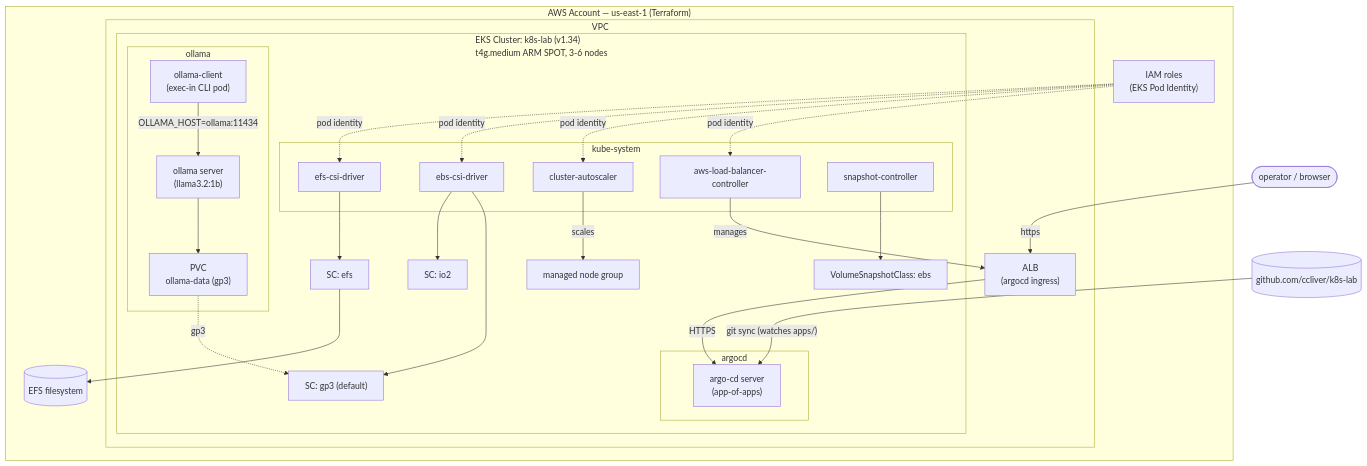
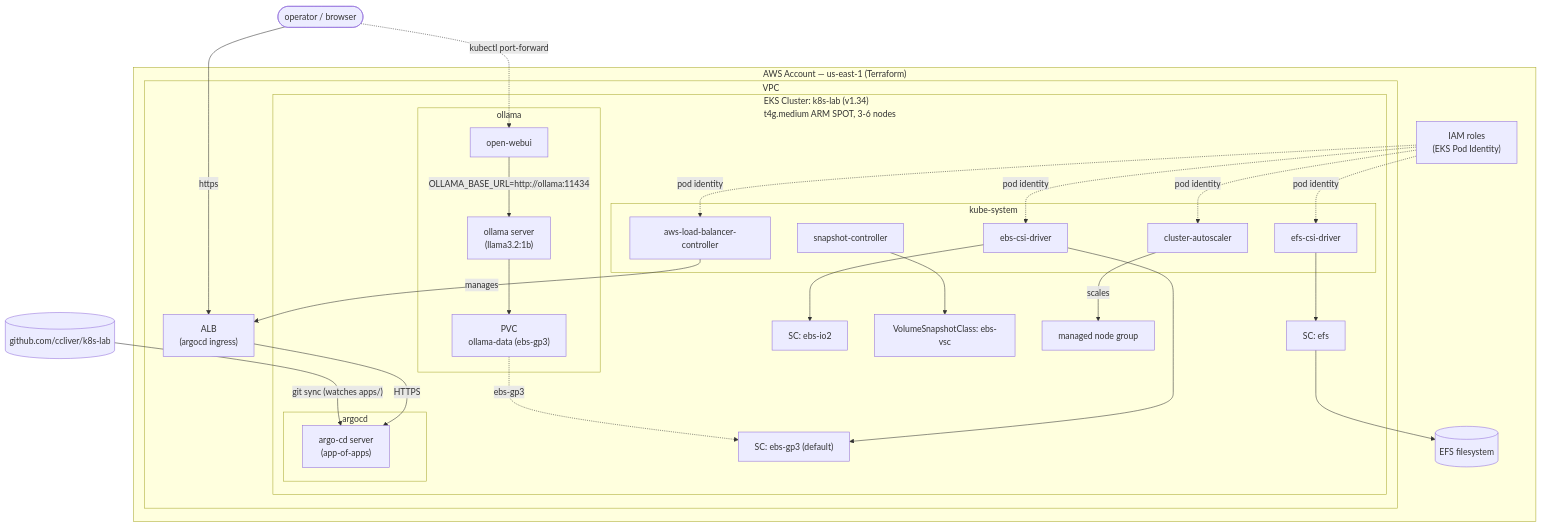
The diagram in README.md (ccliver/k8s-lab), drawn with Mermaid before and after one commit. The commit also changed other lines of this file and 2 other files, not shown here.

Commit message:
feat: replacing client pod with openwebui

````diff
--- a/README.md
+++ b/README.md
@@ -7,61 +7,62 @@
 ```mermaid
 flowchart TB
     user(["operator / browser"])
     github[("github.com/ccliver/k8s-lab")]
 
     subgraph aws["AWS Account — us-east-1 (Terraform)"]
         iam["IAM roles<br/>(EKS Pod Identity)"]
         efs[("EFS filesystem")]
 
         subgraph vpc["VPC"]
             alb["ALB<br/>(argocd ingress)"]
 
             subgraph eks["EKS Cluster: k8s-lab (v1.34)<br/>t4g.medium ARM SPOT, 3-6 nodes"]
                 subgraph kubesystem["kube-system"]
                     lbc["aws-load-balancer-controller"]
                     ca["cluster-autoscaler"]
                     ebscsi["ebs-csi-driver"]
                     efscsi["efs-csi-driver"]
                     snap["snapshot-controller"]
                 end
 
                 subgraph argocdns["argocd"]
                     argocd["argo-cd server<br/>(app-of-apps)"]
                 end
 
-                gp3["SC: gp3 (default)"]
-                io2["SC: io2"]
+                gp3["SC: ebs-gp3 (default)"]
+                io2["SC: ebs-io2"]
                 efssc["SC: efs"]
-                vsc["VolumeSnapshotClass: ebs"]
+                vsc["VolumeSnapshotClass: ebs-vsc"]
                 nodegroup["managed node group"]
 
                 subgraph ollamans["ollama"]
                     ollama["ollama server<br/>(llama3.2:1b)"]
-                    ollamapvc["PVC<br/>ollama-data (gp3)"]
-                    ollamaclient["ollama-client<br/>(exec-in CLI pod)"]
+                    ollamapvc["PVC<br/>ollama-data (ebs-gp3)"]
+                    webui["open-webui"]
                 end
             end
         end
     end
 
     user -- https --> alb
     alb -- HTTPS --> argocd
     github -- "git sync (watches apps/)" --> argocd
 
     iam -. pod identity .-> lbc
     iam -. pod identity .-> ca
     iam -. pod identity .-> ebscsi
     iam -. pod identity .-> efscsi
 
     lbc -- manages --> alb
     ca -- scales --> nodegroup
     ebscsi --> gp3
     ebscsi --> io2
     efscsi --> efssc
     efssc --> efs
     snap --> vsc
 
     ollama --> ollamapvc
-    ollamapvc -. gp3 .-> gp3
-    ollamaclient -- "OLLAMA_HOST=ollama:11434" --> ollama
+    ollamapvc -. ebs-gp3 .-> gp3
+    webui -- "OLLAMA_BASE_URL=http://ollama:11434" --> ollama
+    user -. "kubectl port-forward" .-> webui
 ```
````
